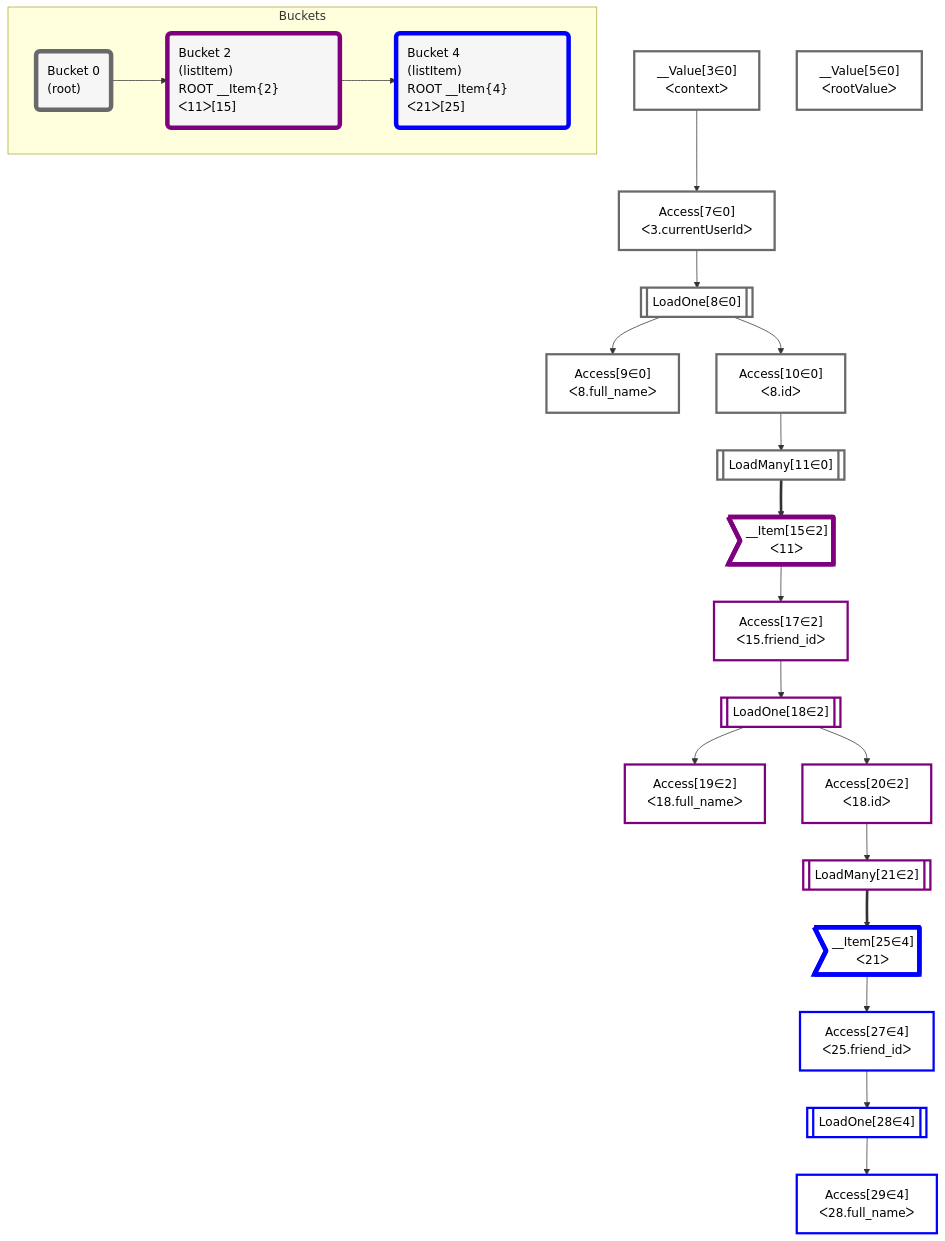
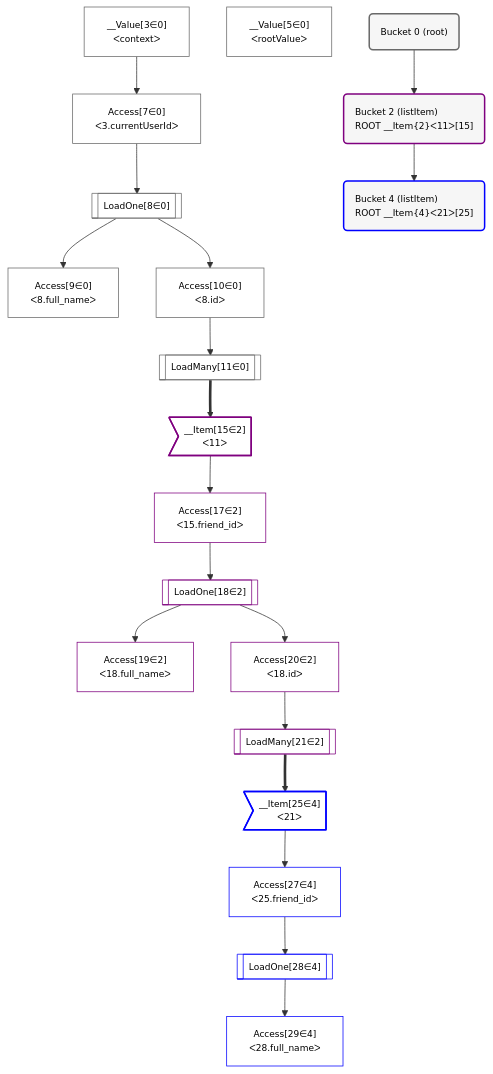
The diagram in grafast/website/examples/users-and-friends/plan.mermaid (graphile/crystal), drawn with Mermaid before and after one commit. The commit also changed 2 other files, not shown here.

Commit message:
Tweak to diagrams

```diff
--- a/grafast/website/examples/users-and-friends/plan.mermaid
+++ b/grafast/website/examples/users-and-friends/plan.mermaid
@@ -1,57 +1,56 @@
+%%{init: {'themeVariables': { 'fontSize': '12px'}}}%%
 flowchart TD
     classDef path fill:#eee,stroke:#000,color:#000
-    classDef plan fill:#fff,stroke-width:3px,color:#000
-    classDef itemplan fill:#fff,stroke-width:6px,color:#000
-    classDef sideeffectplan fill:#f00,stroke-width:6px,color:#000
-    classDef bucket fill:#f6f6f6,color:#000,stroke-width:6px,text-align:left
+    classDef plan fill:#fff,stroke-width:1px,color:#000
+    classDef itemplan fill:#fff,stroke-width:2px,color:#000
+    classDef sideeffectplan fill:#f00,stroke-width:2px,color:#000
+    classDef bucket fill:#f6f6f6,color:#000,stroke-width:2px,text-align:left
 
 
     %% define steps
     __Value3["__Value[3∈0]<br />ᐸcontextᐳ"]:::plan
     __Value5["__Value[5∈0]<br />ᐸrootValueᐳ"]:::plan
     Access7["Access[7∈0]<br />ᐸ3.currentUserIdᐳ"]:::plan
     LoadOne8[["LoadOne[8∈0]"]]:::plan
     Access9["Access[9∈0]<br />ᐸ8.full_nameᐳ"]:::plan
     Access10["Access[10∈0]<br />ᐸ8.idᐳ"]:::plan
     LoadMany11[["LoadMany[11∈0]"]]:::plan
     __Item15>"__Item[15∈2]<br />ᐸ11ᐳ"]:::itemplan
     Access17["Access[17∈2]<br />ᐸ15.friend_idᐳ"]:::plan
     LoadOne18[["LoadOne[18∈2]"]]:::plan
     Access19["Access[19∈2]<br />ᐸ18.full_nameᐳ"]:::plan
     Access20["Access[20∈2]<br />ᐸ18.idᐳ"]:::plan
     LoadMany21[["LoadMany[21∈2]"]]:::plan
     __Item25>"__Item[25∈4]<br />ᐸ21ᐳ"]:::itemplan
     Access27["Access[27∈4]<br />ᐸ25.friend_idᐳ"]:::plan
     LoadOne28[["LoadOne[28∈4]"]]:::plan
     Access29["Access[29∈4]<br />ᐸ28.full_nameᐳ"]:::plan
 
     %% plan dependencies
     __Value3 --> Access7
     Access7 --> LoadOne8
     LoadOne8 --> Access9
     LoadOne8 --> Access10
     Access10 --> LoadMany11
     LoadMany11 ==> __Item15
     __Item15 --> Access17
     Access17 --> LoadOne18
     LoadOne18 --> Access19
     LoadOne18 --> Access20
     Access20 --> LoadMany21
     LoadMany21 ==> __Item25
     __Item25 --> Access27
     Access27 --> LoadOne28
     LoadOne28 --> Access29
 
-    subgraph Buckets
-    Bucket0("Bucket 0<br />(root)"):::bucket
+    Bucket0("Bucket 0 (root)"):::bucket
     classDef bucket0 stroke:#696969
     class Bucket0,__Value3,__Value5,Access7,LoadOne8,Access9,Access10,LoadMany11 bucket0
-    Bucket2("Bucket 2<br />(listItem)<br />ROOT __Item{2}ᐸ11ᐳ[15]"):::bucket
+    Bucket2("Bucket 2 (listItem)<br />ROOT __Item{2}ᐸ11ᐳ[15]"):::bucket
     classDef bucket2 stroke:#7f007f
     class Bucket2,__Item15,Access17,LoadOne18,Access19,Access20,LoadMany21 bucket2
-    Bucket4("Bucket 4<br />(listItem)<br />ROOT __Item{4}ᐸ21ᐳ[25]"):::bucket
+    Bucket4("Bucket 4 (listItem)<br />ROOT __Item{4}ᐸ21ᐳ[25]"):::bucket
     classDef bucket4 stroke:#0000ff
     class Bucket4,__Item25,Access27,LoadOne28,Access29 bucket4
     Bucket0 --> Bucket2
     Bucket2 --> Bucket4
-    end
```
